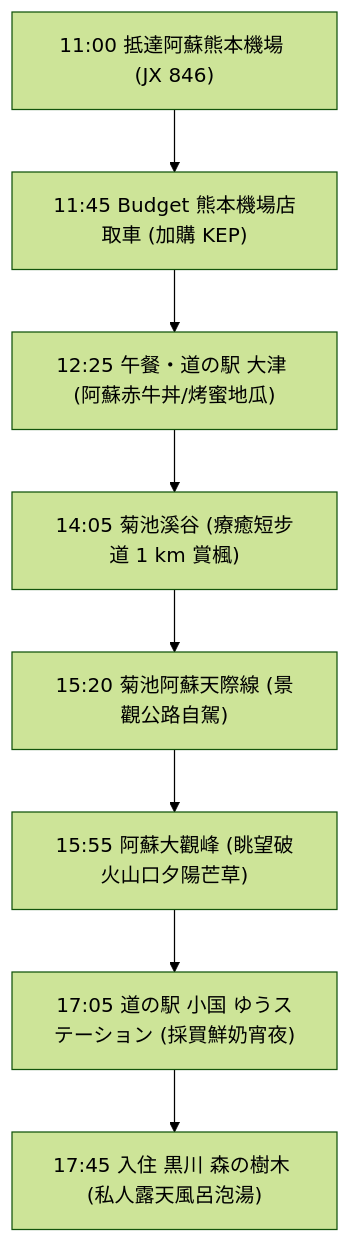
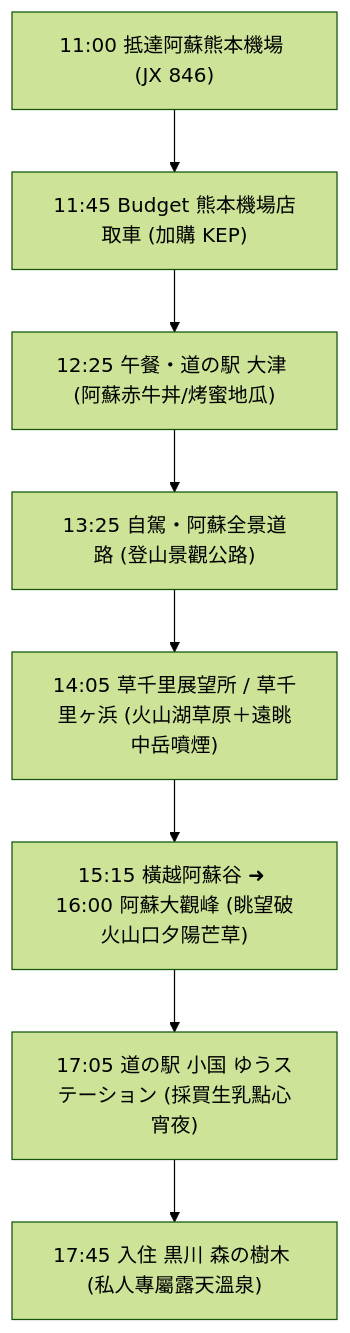
Before and after one commit to Eric-Jamie-Family/2026-japan-trip: the diagram in 1115(日)_阿蘇.md, drawn with Mermaid (forest theme). The commit also changed other lines of this file and 2 other files, not shown here.

````diff
--- a/1115(日)_阿蘇.md
+++ b/1115(日)_阿蘇.md
@@ -11,10 +11,10 @@
 ```mermaid
 flowchart TD
     A["11:00 抵達阿蘇熊本機場 (JX 846)"] --> B["11:45 Budget 熊本機場店取車 (加購 KEP)"]
     B --> C["12:25 午餐・道の駅 大津 (阿蘇赤牛丼/烤蜜地瓜)"]
-    C --> D["14:05 菊池溪谷 (療癒短步道 1 km 賞楓)"]
-    D --> E["15:20 菊池阿蘇天際線 (景觀公路自駕)"]
-    E --> F["15:55 阿蘇大觀峰 (眺望破火山口夕陽芒草)"]
-    F --> G["17:05 道の駅 小国 ゆうステーション (採買鮮奶宵夜)"]
-    G --> H["17:45 入住 黒川 森の樹木 (私人露天風呂泡湯)"]
+    C --> D["13:25 自駕・阿蘇全景道路 (登山景觀公路)"]
+    D --> E["14:05 草千里展望所 / 草千里ヶ浜 (火山湖草原＋遠眺中岳噴煙)"]
+    E --> F["15:15 橫越阿蘇谷 ➜ 16:00 阿蘇大觀峰 (眺望破火山口夕陽芒草)"]
+    F --> G["17:05 道の駅 小国 ゆうステーション (採買生乳點心宵夜)"]
+    G --> H["17:45 入住 黒川 森の樹木 (私人專屬露天溫泉)"]
 ```
````
